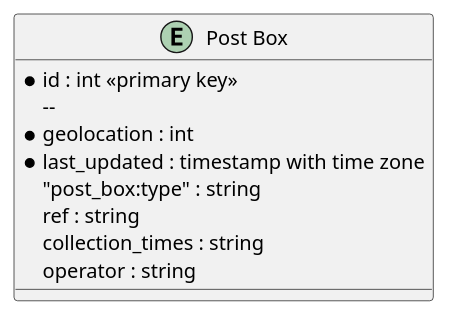
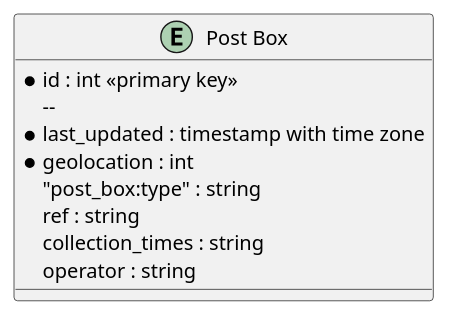
The diagram in assets/postbox0.iuml (SK53/plantuml_test), drawn with PlantUML before and after one commit.

```diff
--- a/assets/postbox0.iuml
+++ b/assets/postbox0.iuml
@@ -1,16 +1,16 @@
 @startuml
 
 
 entity "Post Box" as amenity=post_box {
 
   *id : int <<primary key>>
   --
+  *last_updated : timestamp with time zone
   *geolocation : int
-  *last_updated : timestamp with time zone
-  "post_box:type" : string
+ "post_box:type" : string
   ref : string
   collection_times : string
   operator : string
 }
 
 @enduml
```
